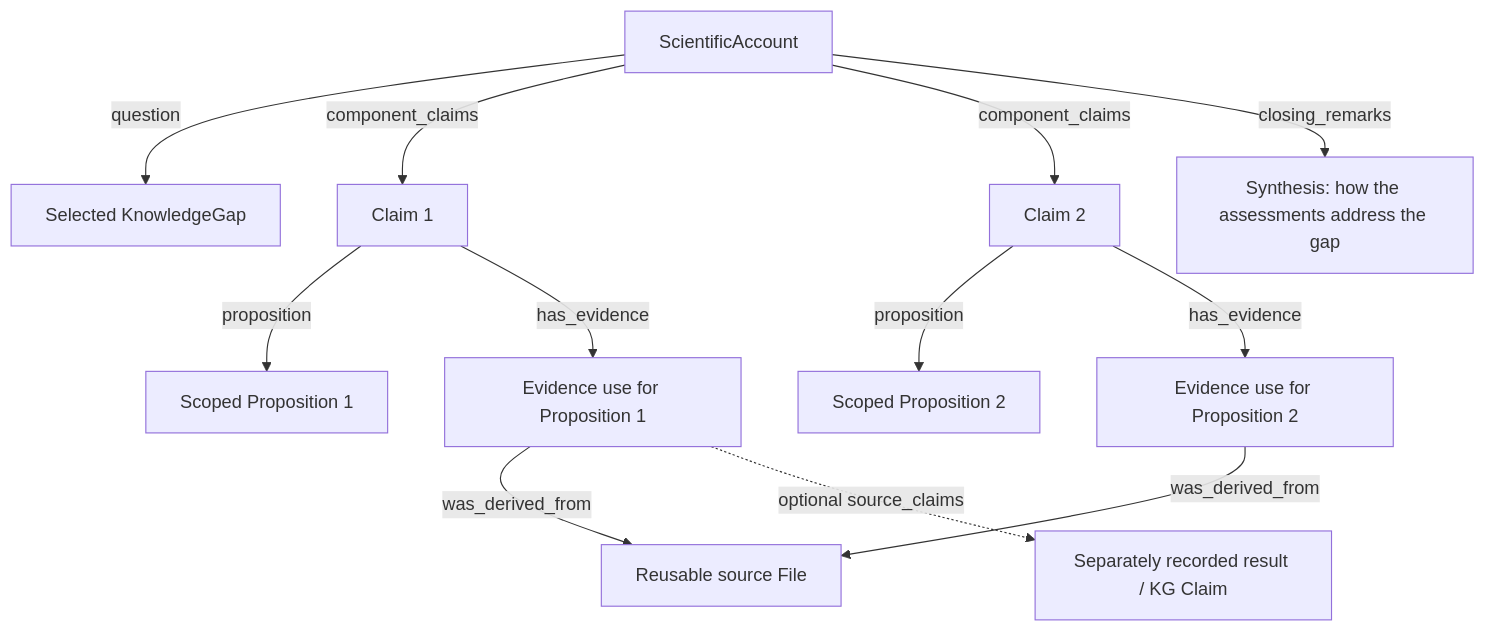
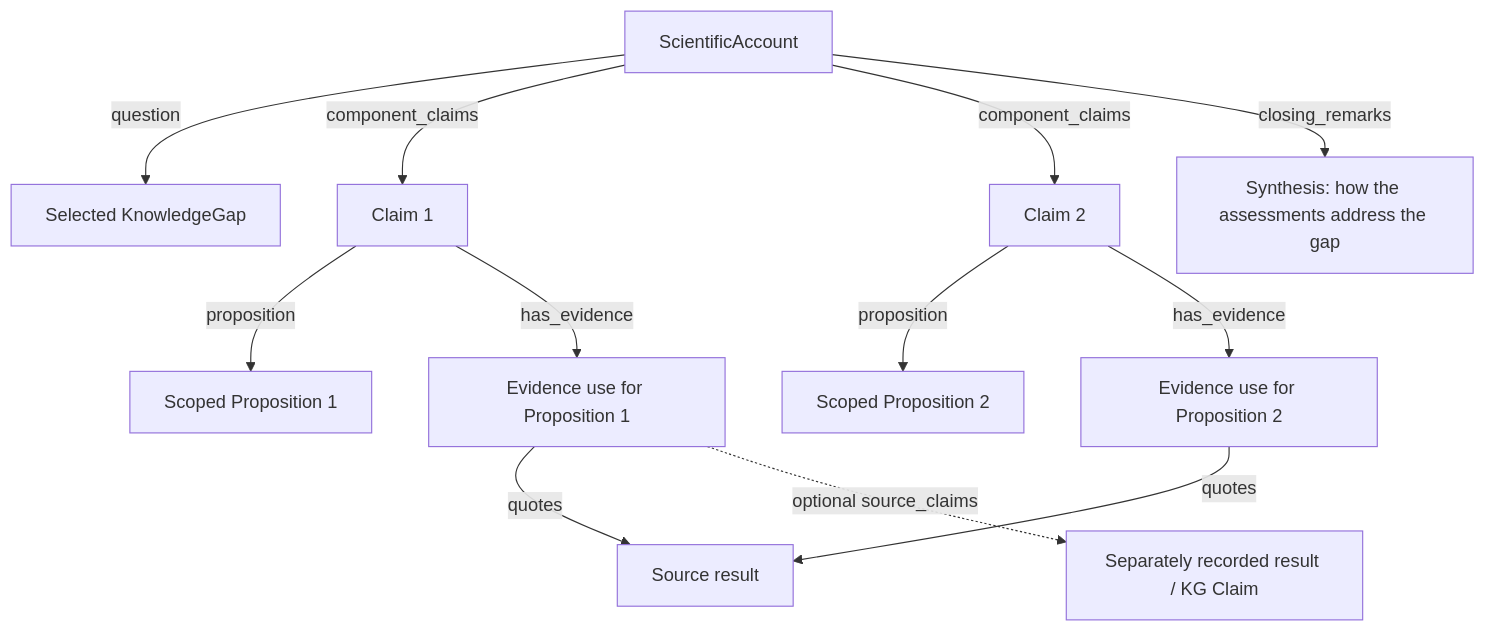
One commit to yakaboskic/reveal-mechanisms changed the diagram in docs/scientific-account-construction.md. Above: the diagram before and after it, drawn with Mermaid. The commit also changed other lines of this file and 30 other files, not shown here.

````diff
--- a/docs/scientific-account-construction.md
+++ b/docs/scientific-account-construction.md
@@ -19,14 +19,14 @@
 ```mermaid
 flowchart TD
   A[ScientificAccount] -->|question| Q[Selected KnowledgeGap]
   A -->|component_claims| C1[Claim 1]
   A -->|component_claims| C2[Claim 2]
   C1 -->|proposition| P1[Scoped Proposition 1]
   C2 -->|proposition| P2[Scoped Proposition 2]
   C1 -->|has_evidence| E1[Evidence use for Proposition 1]
   C2 -->|has_evidence| E2[Evidence use for Proposition 2]
-  E1 -->|was_derived_from| S[Reusable source File]
-  E2 -->|was_derived_from| S
+  E1 -->|quotes| S[Source result]
+  E2 -->|quotes| S
   E1 -.->|optional source_claims| R[Separately recorded result / KG Claim]
   A -->|closing_remarks| X[Synthesis: how the assessments address the gap]
 ```
````
